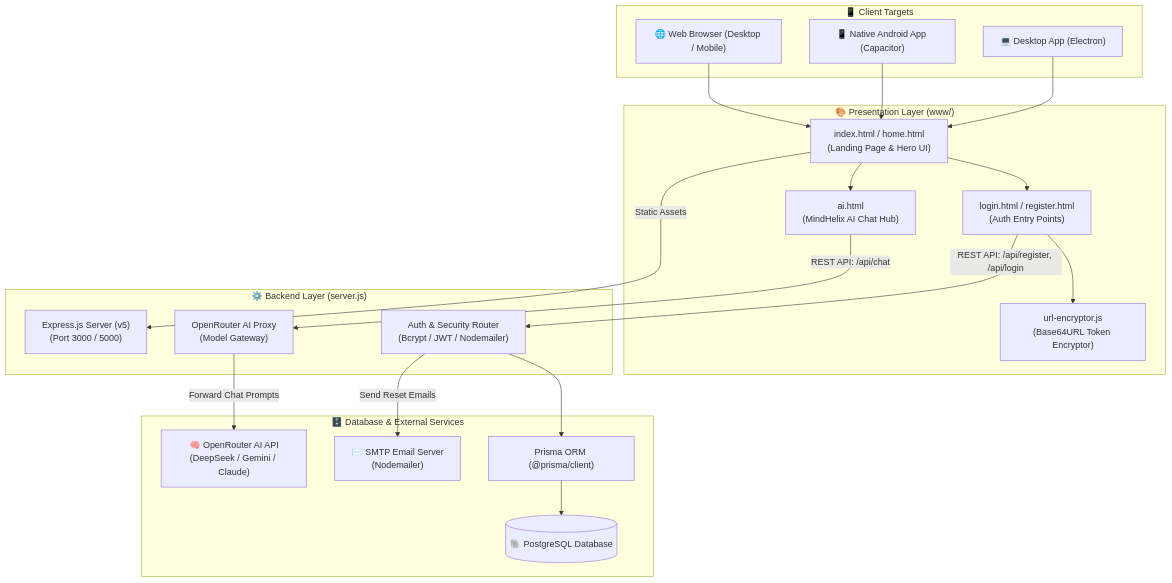
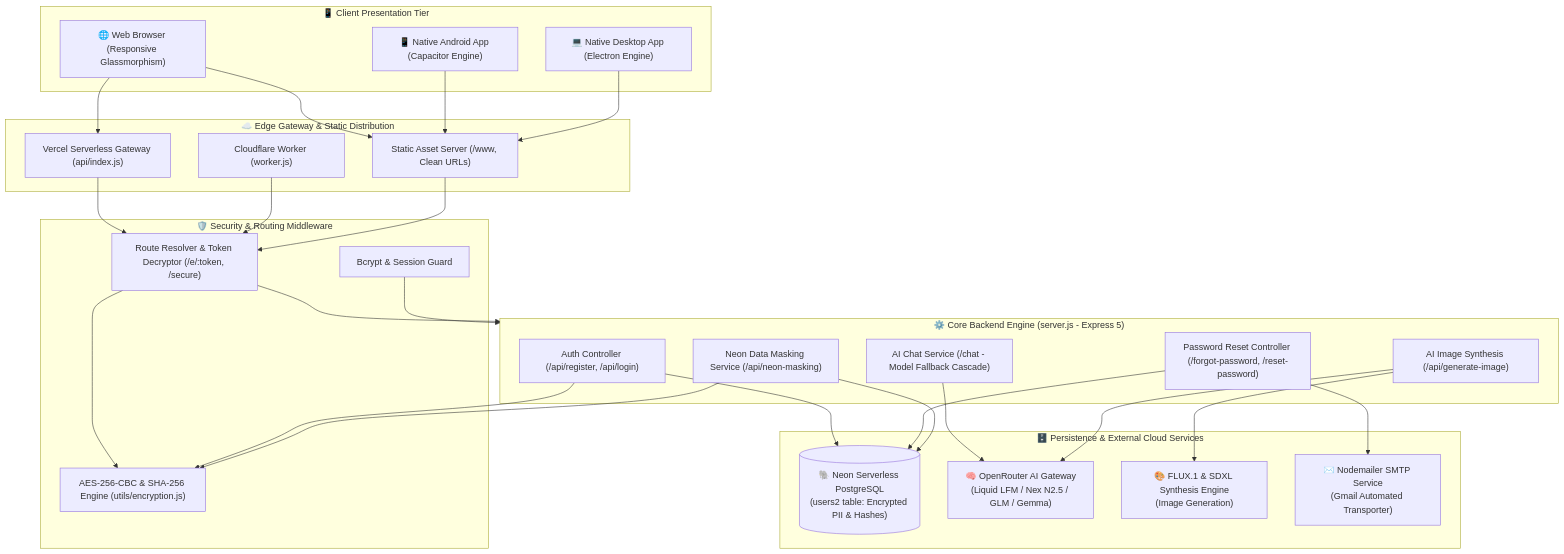
The first of 8 diagrams in ARCHITECTURE.md (dhyangandhi/MindHelix-AI), drawn with Mermaid before and after one commit. The commit also changed other lines of this file and 1 other file, not shown here.

````diff
--- a/ARCHITECTURE.md
+++ b/ARCHITECTURE.md
@@ -31,46 +11,60 @@
 ```mermaid
 flowchart TB
-    subgraph Clients["📱 Client Targets"]
-        WebBrowser["🌐 Web Browser (Desktop / Mobile)"]
-        MobileApp["📱 Native Android App (Capacitor)"]
-        DesktopApp["💻 Desktop App (Electron)"]
+    subgraph Clients["📱 Client Presentation Tier"]
+        Web["🌐 Web Browser (Responsive Glassmorphism)"]
+        Mobile["📱 Native Android App (Capacitor Engine)"]
+        Desktop["💻 Native Desktop App (Electron Engine)"]
     end
 
-    subgraph Frontend["🎨 Presentation Layer (www/)"]
-        LandingPage["index.html / home.html\n(Landing Page & Hero UI)"]
-        AIAssistant["ai.html\n(MindHelix AI Chat Hub)"]
-        AuthPages["login.html / register.html\n(Auth Entry Points)"]
-        URLEncryptor["url-encryptor.js\n(Base64URL Token Encryptor)"]
+    subgraph Edge["☁️ Edge Gateway & Static Distribution"]
+        CFWorker["Cloudflare Worker (worker.js)"]
+        VercelEdge["Vercel Serverless Gateway (api/index.js)"]
+        StaticCDN["Static Asset Server (/www, Clean URLs)"]
     end
 
-    subgraph Backend["⚙️ Backend Layer (server.js)"]
-        ExpressServer["Express.js Server (v5)\n(Port 3000 / 5000)"]
-        AuthModule["Auth & Security Router\n(Bcrypt / JWT / Nodemailer)"]
-        AIGateway["OpenRouter AI Proxy\n(Model Gateway)"]
+    subgraph Security["🛡️ Security & Routing Middleware"]
+        URLResolver["Route Resolver & Token Decryptor (/e/:token, /secure)"]
+        CryptoUtil["AES-256-CBC & SHA-256 Engine (utils/encryption.js)"]
+        AuthShield["Bcrypt & Session Guard"]
     end
 
-    subgraph Infrastructure["🗄️ Database & External Services"]
-        PostgreSQL[("🐘 PostgreSQL Database")]
-        PrismaORM["Prisma ORM (@prisma/client)"]
-        OpenRouterAPI["🧠 OpenRouter AI API\n(DeepSeek / Gemini / Claude)"]
-        SMTPServer["✉️ SMTP Email Server\n(Nodemailer)"]
+    subgraph CoreBackend["⚙️ Core Backend Engine (server.js - Express 5)"]
+        AuthRouter["Auth Controller (/api/register, /api/login)"]
+        PasswordRecovery["Password Reset Controller (/forgot-password, /reset-password)"]
+        AIChatProxy["AI Chat Service (/chat - Model Fallback Cascade)"]
+        ImageGenService["AI Image Synthesis (/api/generate-image)"]
+        DataMasking["Neon Data Masking Service (/api/neon-masking)"]
     end
 
-    %% Connections
-    WebBrowser --> LandingPage
-    MobileApp --> LandingPage
-    DesktopApp --> LandingPage
+    subgraph Persistence["🗄️ Persistence & External Cloud Services"]
+        NeonDB[("🐘 Neon Serverless PostgreSQL\n(users2 table: Encrypted PII & Hashes)")]
+        OpenRouter["🧠 OpenRouter AI Gateway\n(Liquid LFM / Nex N2.5 / GLM / Gemma)"]
+        FluxEngine["🎨 FLUX.1 & SDXL Synthesis Engine\n(Image Generation)"]
+        SMTPMail["✉️ Nodemailer SMTP Service\n(Gmail Automated Transporter)"]
+    end
 
-    LandingPage --> AuthPages
-    LandingPage --> AIAssistant
-    AuthPages --> URLEncryptor
+    %% Client Connections
+    Web --> VercelEdge & StaticCDN
+    Mobile --> StaticCDN
+    Desktop --> StaticCDN
+    VercelEdge --> URLResolver
+    CFWorker --> URLResolver
+    StaticCDN --> URLResolver
 
-    AuthPages -- "REST API: /api/register, /api/login" --> AuthModule
-    AIAssistant -- "REST API: /api/chat" --> AIGateway
-    LandingPage -- "Static Assets" --> ExpressServer
+    %% Middleware Connections
+    URLResolver --> CryptoUtil
+    URLResolver --> CoreBackend
+    AuthShield --> CoreBackend
 
-    AuthModule --> PrismaORM
-    PrismaORM --> PostgreSQL
-    AuthModule -- "Send Reset Emails" --> SMTPServer
-    AIGateway -- "Forward Chat Prompts" --> OpenRouterAPI
+    %% Backend Services to External
+    AuthRouter --> CryptoUtil
+    AuthRouter --> NeonDB
+    PasswordRecovery --> NeonDB
+    PasswordRecovery --> SMTPMail
+    DataMasking --> NeonDB
+    DataMasking --> CryptoUtil
+
+    AIChatProxy --> OpenRouter
+    ImageGenService --> OpenRouter
+    ImageGenService --> FluxEngine
 ```
````
